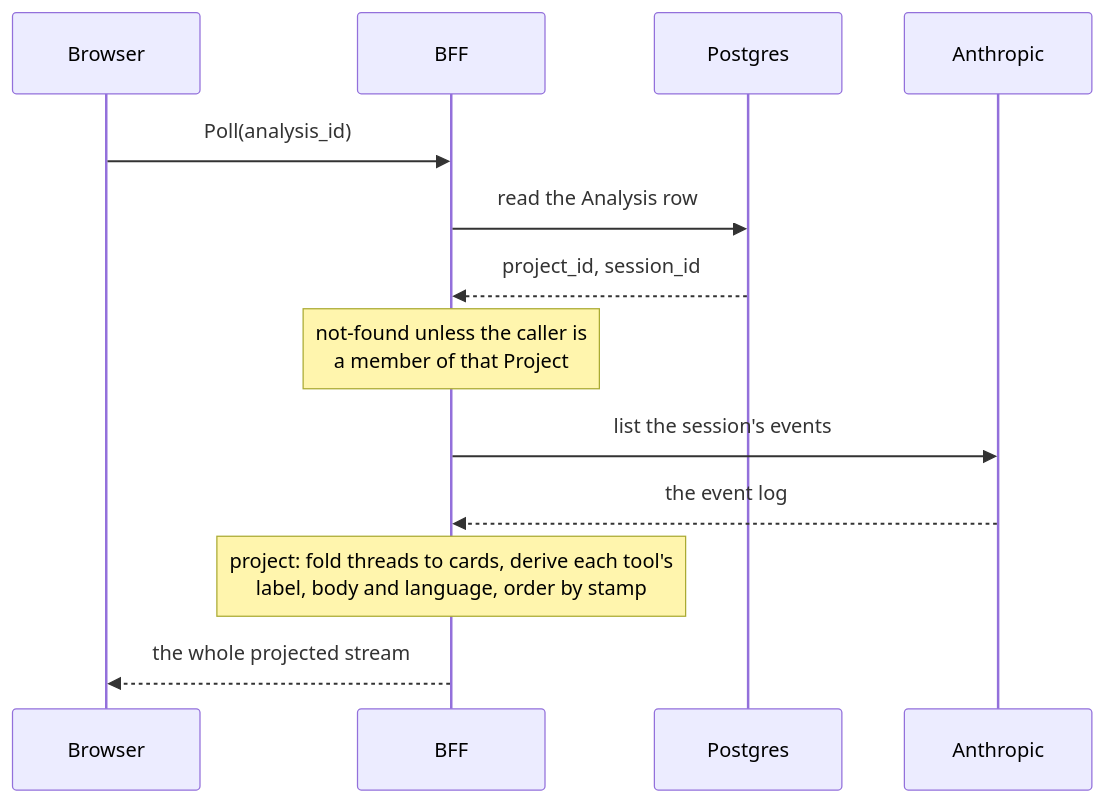
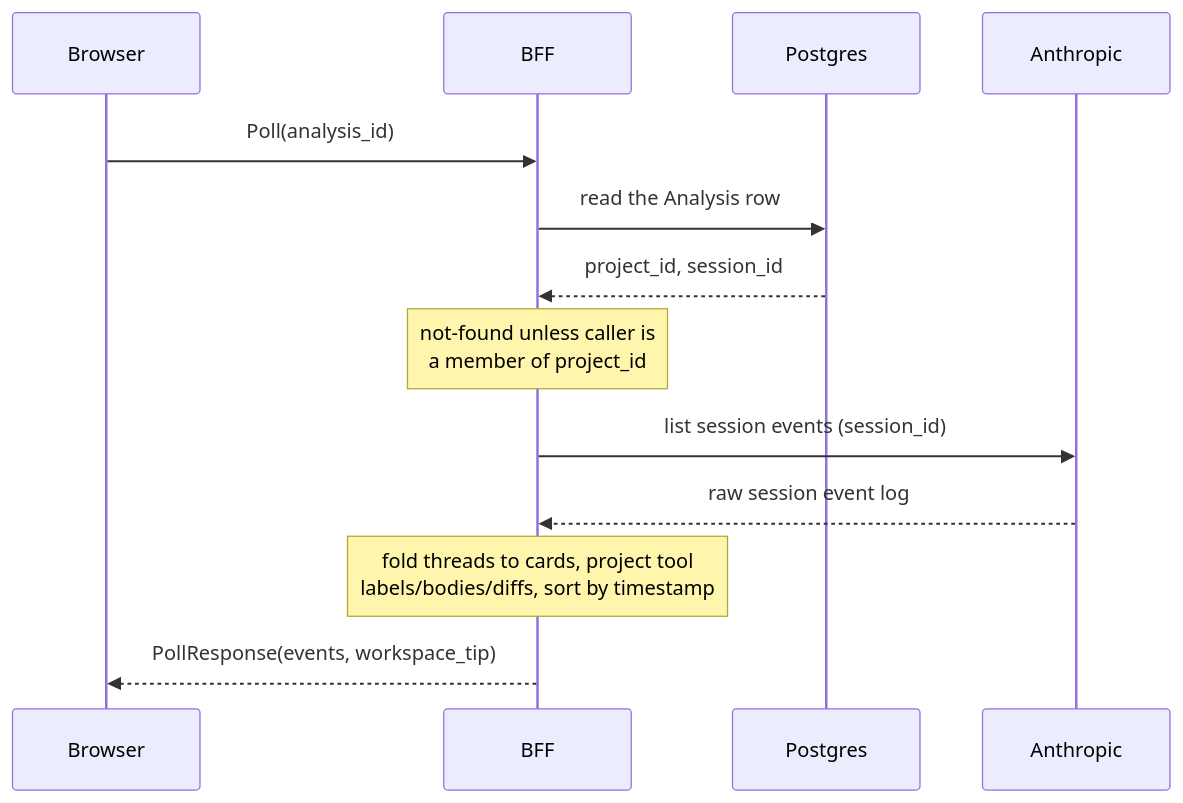
One commit to populationgenomics/themis changed the first of 2 diagrams in docs/design/conversation-view.md. Above: the diagram before and after it, drawn with Mermaid. The commit also changed other lines of this file and 34 other files, not shown here.

````diff
--- a/docs/design/conversation-view.md
+++ b/docs/design/conversation-view.md
@@ -152,15 +156,15 @@
 ```mermaid
 sequenceDiagram
     participant B as Browser
     participant BFF
     participant PG as Postgres
     participant AN as Anthropic
     B->>BFF: Poll(analysis_id)
     BFF->>PG: read the Analysis row
     PG-->>BFF: project_id, session_id
-    Note over BFF: not-found unless the caller is<br/>a member of that Project
-    BFF->>AN: list the session's events
-    AN-->>BFF: the event log
-    Note over BFF: project: fold threads to cards, derive each tool's<br/>label, body and language, order by stamp
-    BFF-->>B: the whole projected stream
+    Note over BFF: not-found unless caller is<br/>a member of project_id
+    BFF->>AN: list session events (session_id)
+    AN-->>BFF: raw session event log
+    Note over BFF: fold threads to cards, project tool<br/>labels/bodies/diffs, sort by timestamp
+    BFF-->>B: PollResponse(events, workspace_tip)
 ```
````
